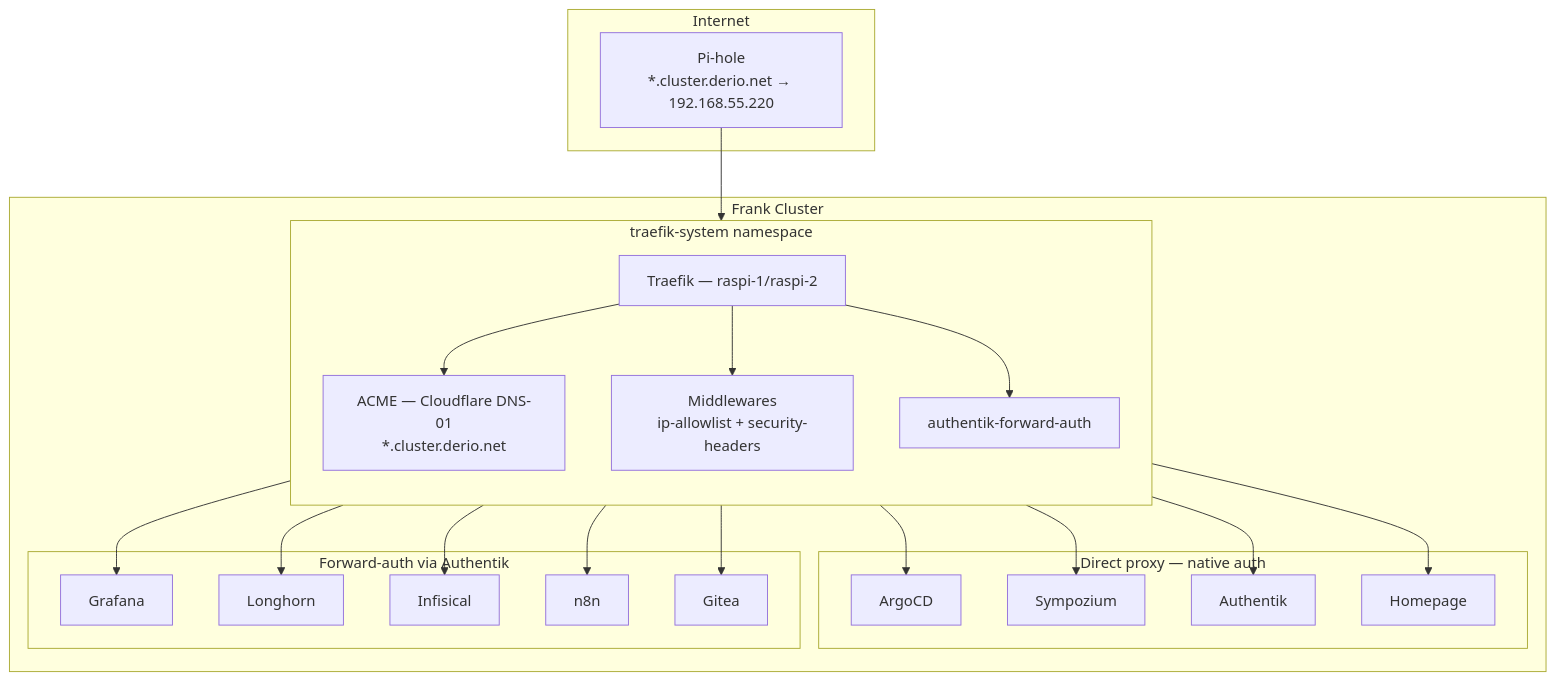
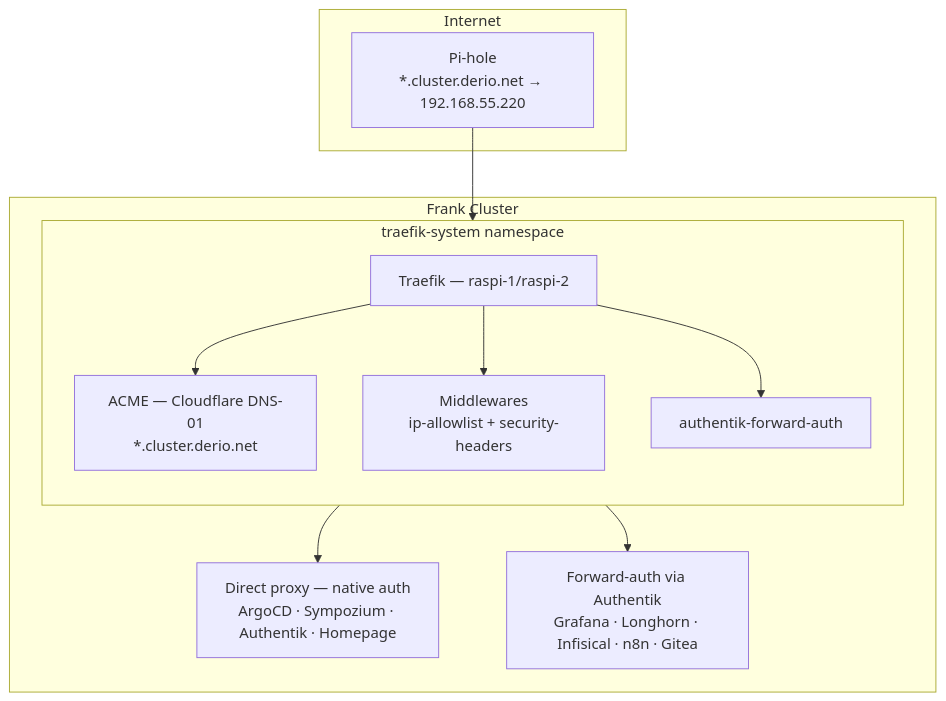
One commit to derio-net/frank changed the diagram in blog/content/docs/building/24-in-cluster-ingress/index.md. Above: the diagram before and after it, drawn with Mermaid. The commit also changed 3 other files, not shown here.

````diff
--- a/blog/content/docs/building/24-in-cluster-ingress/index.md
+++ b/blog/content/docs/building/24-in-cluster-ingress/index.md
@@ -23,41 +23,23 @@
 ```mermaid
 flowchart TD
   subgraph Internet
     DNS[Pi-hole<br/>*.cluster.derio.net → 192.168.55.220]
   end
   subgraph Cluster[Frank Cluster]
     subgraph Traefik[traefik-system namespace]
       direction TB
       T[Traefik — raspi-1/raspi-2]
       AC[ACME — Cloudflare DNS-01<br/>*.cluster.derio.net]
       MW[Middlewares<br/>ip-allowlist + security-headers]
       FA[authentik-forward-auth]
     end
-    subgraph Direct[Direct proxy — native auth]
-      A[ArgoCD]
-      S[Sympozium]
-      AK[Authentik]
-      H[Homepage]
-    end
-    subgraph SSO[Forward-auth via Authentik]
-      G[Grafana]
-      L[Longhorn]
-      I[Infisical]
-      N[n8n]
-      GI[Gitea]
-    end
+    Direct["Direct proxy — native auth<br/>ArgoCD · Sympozium · Authentik · Homepage"]
+    SSO["Forward-auth via Authentik<br/>Grafana · Longhorn · Infisical · n8n · Gitea"]
   end
   DNS --> T
   T --> AC
   T --> MW
   T --> FA
-  T --> A
-  T --> S
-  T --> AK
-  T --> H
-  FA --> G
-  FA --> L
-  FA --> I
-  FA --> N
-  FA --> GI
+  T --> Direct
+  FA --> SSO
 ```
````
